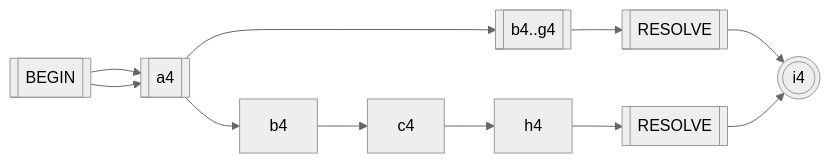
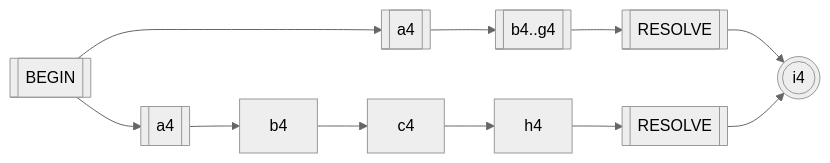
Diagram 26 of 26 in Blog/GLR-Refactoring/Mermaid.md (vczh-websites/vczh), drawn with Mermaid (neutral theme) before and after one commit.

````diff
--- a/Blog/GLR-Refactoring/Mermaid.md
+++ b/Blog/GLR-Refactoring/Mermaid.md
@@ -633,6 +633,6 @@
 ```mermaid
 graph LR
-  S[[BEGIN]]-->a4[[a4]]-->b4_g4[["b4..g4"]]-->R_1[[RESOLVE]]
-  S-->a4-->b4-->c4-->h4-->R_2[[RESOLVE]]
+  S[[BEGIN]]-->a4_1[[a4]]-->b4_g4[["b4..g4"]]-->R_1[[RESOLVE]]
+  S-->a4_2[[a4]]-->b4-->c4-->h4-->R_2[[RESOLVE]]
   R_1 & R_2-->i4(((i4)))
 ```
````
